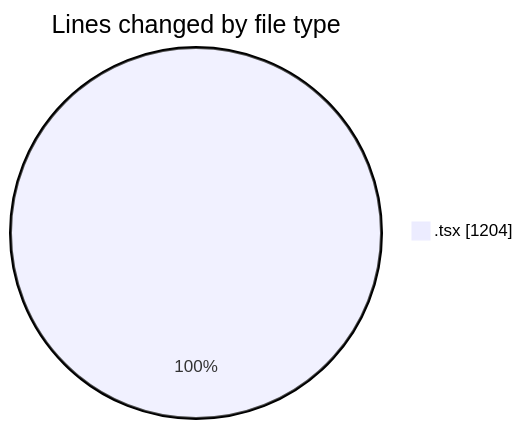
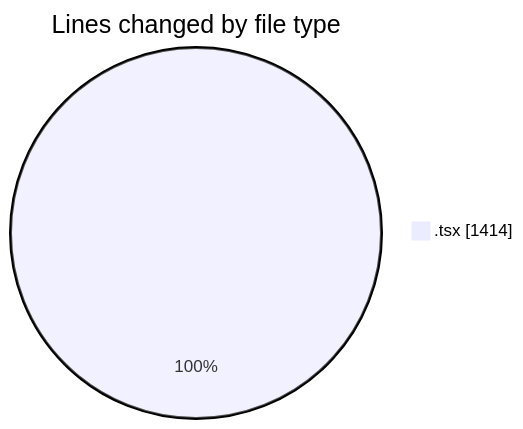
One commit to Elitesun/code-tracking changed the first of 2 diagrams in 2025-05-07/niten/README.md. Above: the diagram before and after it, drawn with Mermaid. The commit also changed other lines of this file and 1 other file, not shown here.

````diff
--- a/2025-05-07/niten/README.md
+++ b/2025-05-07/niten/README.md
@@ -33,5 +35,5 @@
 ```mermaid
 pie showData
 title Lines changed by file type
-".tsx" : 1204
+".tsx" : 1414
 ```
````
